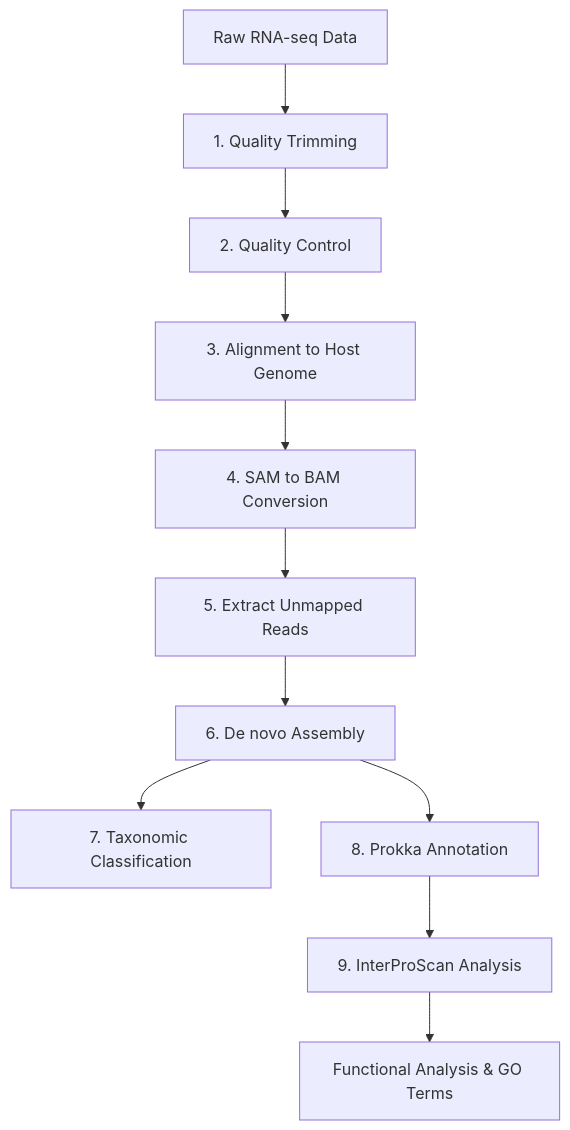
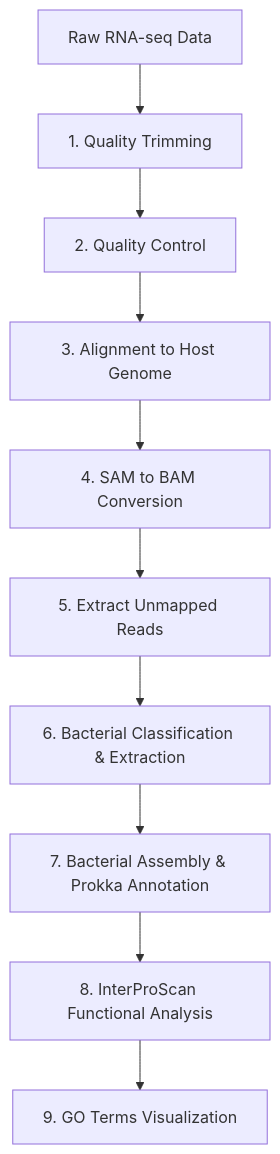
Before and after one commit to ZachPella/transcriptomics_worms_GO_terms: the diagram in README.md, drawn with Mermaid. The commit also changed other lines of this file, not shown here.

````diff
--- a/README.md
+++ b/README.md
@@ -16,13 +16,12 @@
 ```mermaid
 graph TD
     A[Raw RNA-seq Data] --> B[1. Quality Trimming]
     B --> C[2. Quality Control]
     C --> D[3. Alignment to Host Genome]
     D --> E[4. SAM to BAM Conversion]
     E --> F[5. Extract Unmapped Reads]
-    F --> G[6. De novo Assembly]
-    G --> H[7. Taxonomic Classification]
-    G --> I[8. Prokka Annotation]
-    I --> J[9. InterProScan Analysis]
-    J --> K[Functional Analysis & GO Terms]
+    F --> G[6. Bacterial Classification & Extraction]
+    G --> H[7. Bacterial Assembly & Prokka Annotation]
+    H --> I[8. InterProScan Functional Analysis]
+    I --> J[9. GO Terms Visualization]
 ```
````
